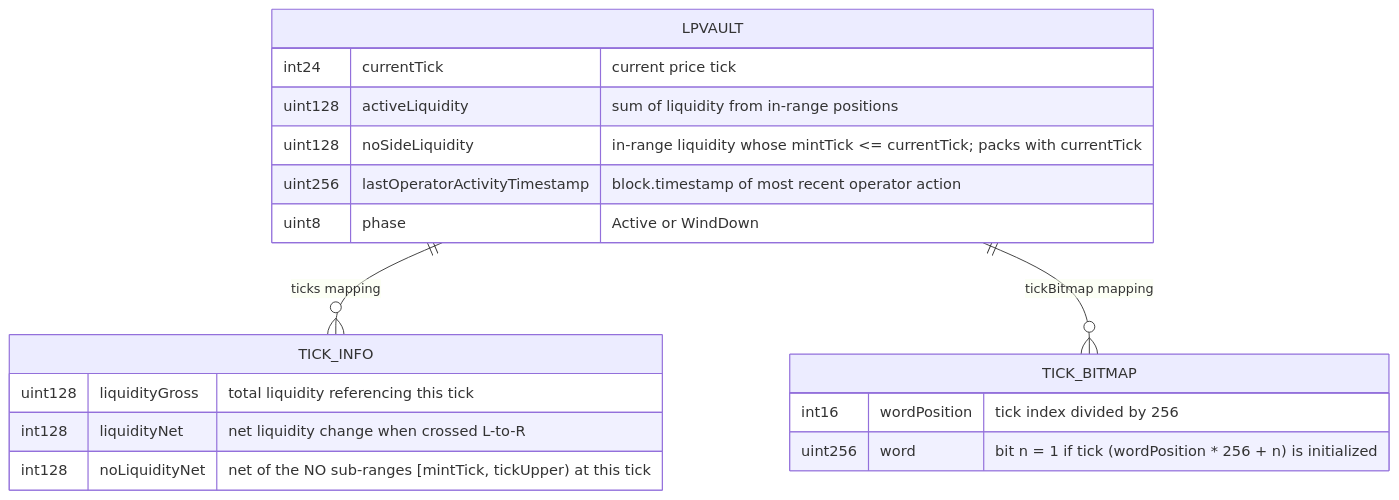
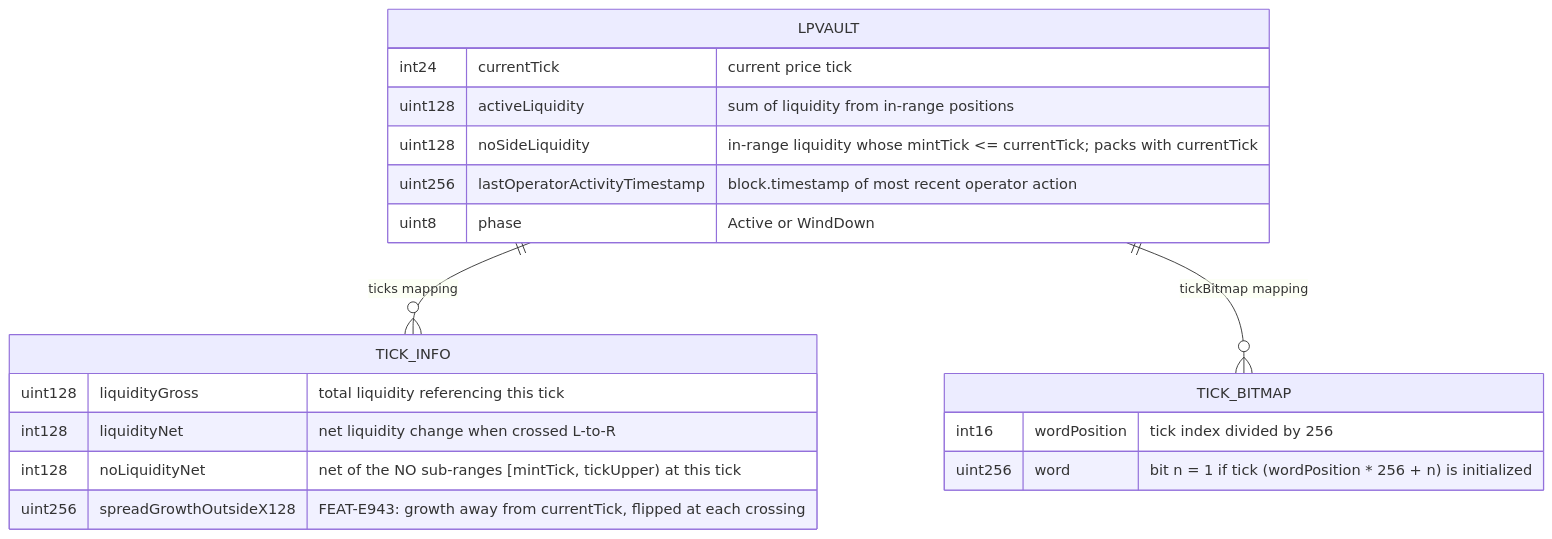
The third of 3 diagrams in specs/features/contracts/FEAT-TVS0-update-tick-and-cross-ticks/ARCHITECTURE.md (ProphetMarket/lp-vaults), drawn with Mermaid before and after one commit. The commit also changed other lines of this file and 45 other files, not shown here.

First line of the commit message:
spec (vault): Specify the spread attribution per tick (R18)

````diff
--- a/specs/features/contracts/FEAT-TVS0-update-tick-and-cross-ticks/ARCHITECTURE.md
+++ b/specs/features/contracts/FEAT-TVS0-update-tick-and-cross-ticks/ARCHITECTURE.md
@@ -47,21 +53,22 @@
 ```mermaid
 erDiagram
     LPVAULT {
         int24 currentTick "current price tick"
         uint128 activeLiquidity "sum of liquidity from in-range positions"
         uint128 noSideLiquidity "in-range liquidity whose mintTick <= currentTick; packs with currentTick"
         uint256 lastOperatorActivityTimestamp "block.timestamp of most recent operator action"
         uint8 phase "Active or WindDown"
     }
     TICK_INFO {
         uint128 liquidityGross "total liquidity referencing this tick"
         int128 liquidityNet "net liquidity change when crossed L-to-R"
         int128 noLiquidityNet "net of the NO sub-ranges [mintTick, tickUpper) at this tick"
+        uint256 spreadGrowthOutsideX128 "FEAT-E943: growth away from currentTick, flipped at each crossing"
     }
     TICK_BITMAP {
         int16 wordPosition "tick index divided by 256"
         uint256 word "bit n = 1 if tick (wordPosition * 256 + n) is initialized"
     }
     LPVAULT ||--o{ TICK_INFO : "ticks mapping"
     LPVAULT ||--o{ TICK_BITMAP : "tickBitmap mapping"
 ```
````
